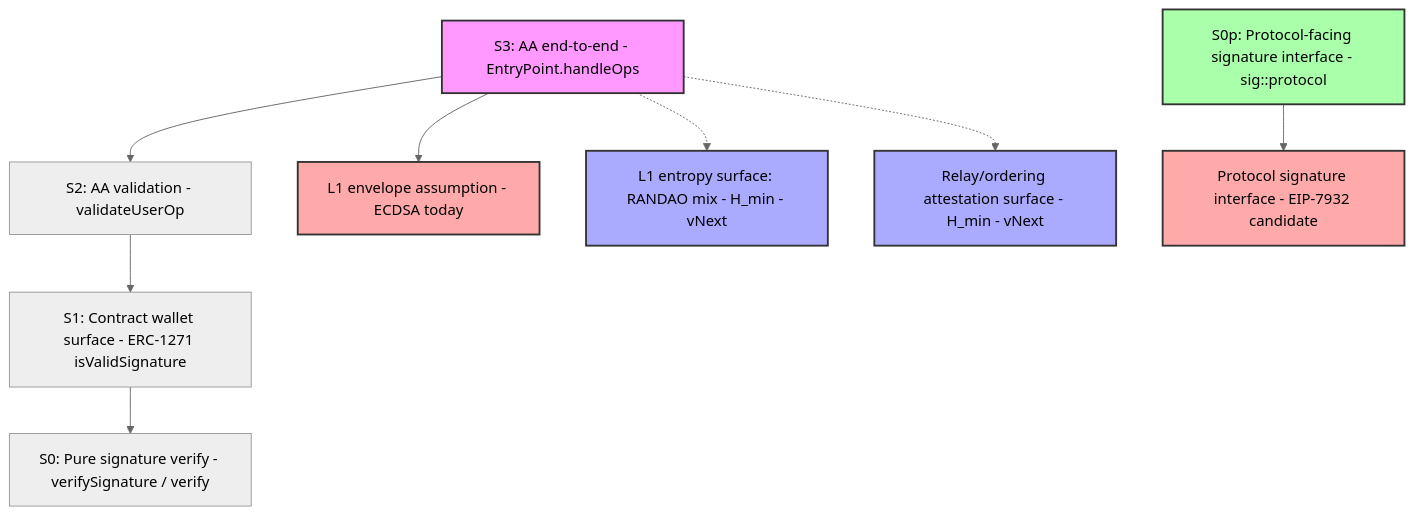
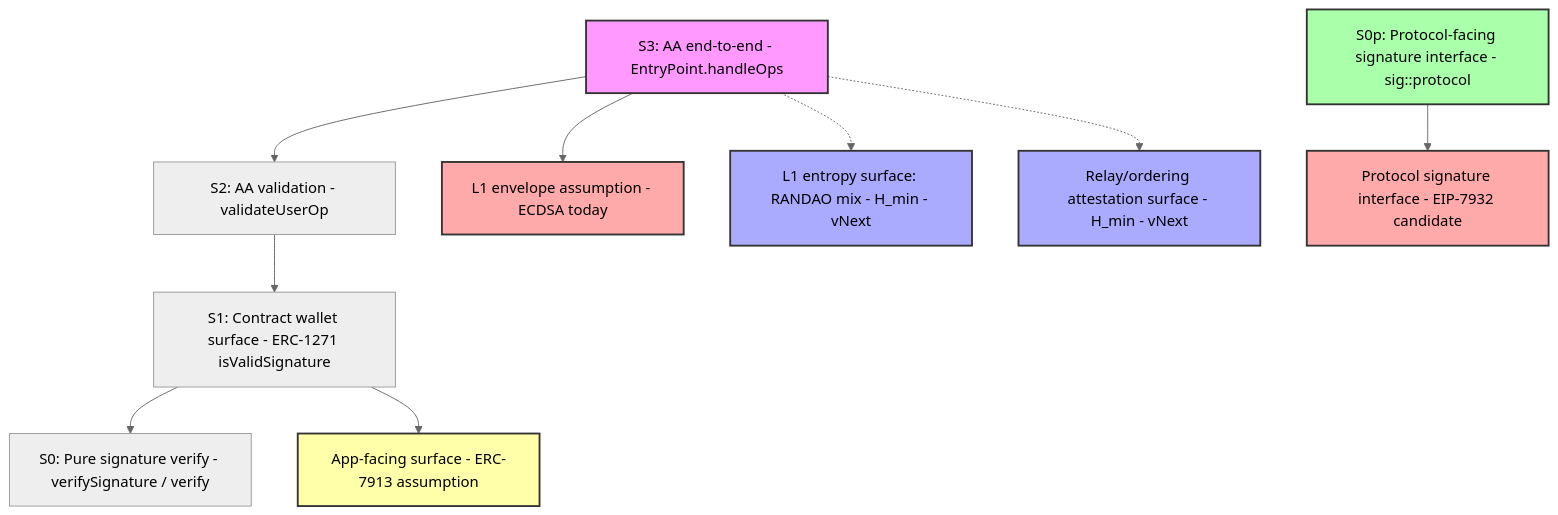
Before and after one commit to pipavlo82/gas-per-secure-bit: the second of 2 diagrams in spec/case_graph.md, drawn with Mermaid (neutral theme). The commit also changed other lines of this file, not shown here.

````diff
--- a/spec/case_graph.md
+++ b/spec/case_graph.md
@@ -180,33 +197,38 @@
 ```mermaid
 flowchart TD
   S3[S3: AA end-to-end - EntryPoint.handleOps]
   S2[S2: AA validation - validateUserOp]
   S1[S1: Contract wallet surface - ERC-1271 isValidSignature]
   S0[S0: Pure signature verify - verifySignature / verify]
   S0p[S0p: Protocol-facing signature interface - sig::protocol]
 
   ENV[L1 envelope assumption - ECDSA today]
   SIGPROTO[Protocol signature interface - EIP-7932 candidate]
+  APP7913[App-facing surface - ERC-7913 assumption]
   RANDAO[L1 entropy surface: RANDAO mix - H_min - vNext]
   RELAY[Relay/ordering attestation surface - H_min - vNext]
 
   S3 --> S2
   S2 --> S1
   S1 --> S0
 
   S3 --> ENV
+  
+  %% App-facing path (ERC-7913 adapter assumption)
+  S1 --> APP7913
   
   %% Protocol-facing path
   S0p --> SIGPROTO
   
   %% vNext dependencies (optional until threat model finalized)
   S3 -.-> RANDAO
   S3 -.-> RELAY
 
   style S3 fill:#f9f,stroke:#333,stroke-width:2px
   style ENV fill:#faa,stroke:#333,stroke-width:2px
   style S0p fill:#afa,stroke:#333,stroke-width:2px
   style SIGPROTO fill:#faa,stroke:#333,stroke-width:2px
+  style APP7913 fill:#ffa,stroke:#333,stroke-width:2px
   style RANDAO fill:#aaf,stroke:#333,stroke-width:2px
   style RELAY fill:#aaf,stroke:#333,stroke-width:2px
 ```
````
